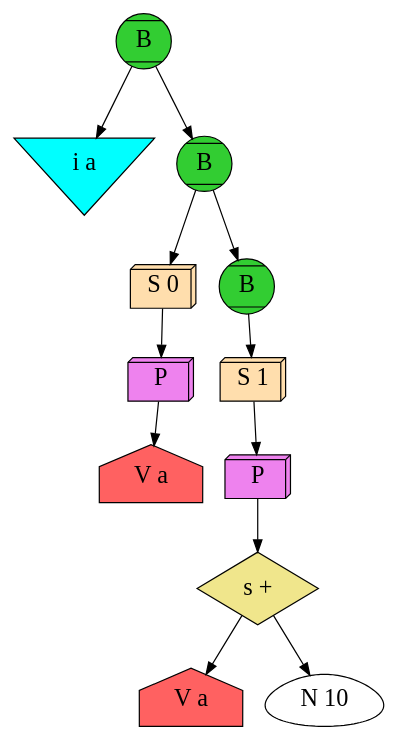
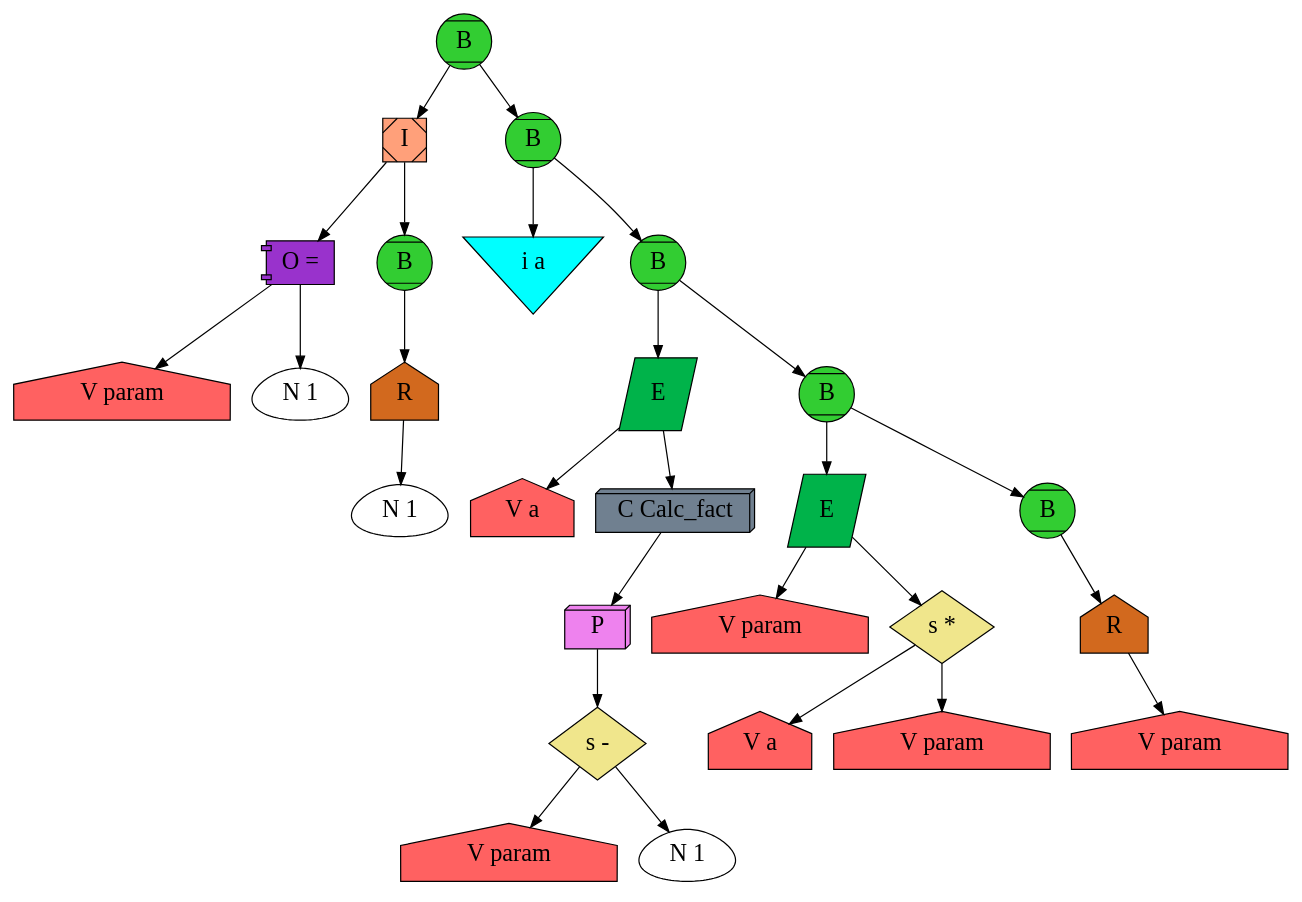
Before and after one commit to Arv1k/2_sem: the diagram in binary_trans/backend/dott.dot, drawn with Graphviz. The commit also changed 16 other files, not shown here.

```diff
--- a/binary_trans/backend/dott.dot
+++ b/binary_trans/backend/dott.dot
@@ -1,27 +1,57 @@
 digraph {
 	node[color = "#000000", fontsize = 20];
 	edge[color = "#000000", fontsize = 20];
-		hey0[label = "B", shape = "Mcircle", color="#000000", style="filled", fillcolor = "#32CD32"];
-		hey0->hey1;
-		hey1[label = "i a", shape = "invtriangle", color="#000000", style="filled", fillcolor = "#00FFFF"];
-		hey0->hey2;
-		hey2[label = "B", shape = "Mcircle", color="#000000", style="filled", fillcolor = "#32CD32"];
-		hey2->hey3;
-		hey3[label = "S 0", shape = "box3d", color="#000000", style="filled", fillcolor = "#FFDEAD"];
-		hey3->hey4;
-		hey4[label = "P", shape = "box3d", color="#000000", style="filled", fillcolor = "#EE82EE"];
-		hey4->hey5;
-		hey5[label = "V a", shape = "house", color="#000000", style="filled", fillcolor = "#ff6161"];
-		hey2->hey6;
-		hey6[label = "B", shape = "Mcircle", color="#000000", style="filled", fillcolor = "#32CD32"];
-		hey6->hey7;
-		hey7[label = "S 1", shape = "box3d", color="#000000", style="filled", fillcolor = "#FFDEAD"];
-		hey7->hey8;
-		hey8[label = "P", shape = "box3d", color="#000000", style="filled", fillcolor = "#EE82EE"];
-		hey8->hey9;
-		hey9[label = "s +", shape = "diamond", color="#000000", style="filled", fillcolor = "#F0E68C"];
-		hey9->hey10;
-		hey10[label = "V a", shape = "house", color="#000000", style="filled", fillcolor = "#ff6161"];
-		hey9->hey11;
-		hey11[label = "N 10", shape = "egg", color="#000000", style="filled", fillcolor = "#FFFFFF"];
+		hey15[label = "B", shape = "Mcircle", color="#000000", style="filled", fillcolor = "#32CD32"];
+		hey15->hey16;
+		hey16[label = "I", shape = "Msquare", color="#000000", style="filled", fillcolor = "#FFA07A"];
+		hey16->hey17;
+		hey17[label = "O =", shape = "component", color="#000000", style="filled", fillcolor = "#9932CC"];
+		hey17->hey18;
+		hey18[label = "V param", shape = "house", color="#000000", style="filled", fillcolor = "#ff6161"];
+		hey17->hey19;
+		hey19[label = "N 1", shape = "egg", color="#000000", style="filled", fillcolor = "#FFFFFF"];
+		hey16->hey20;
+		hey20[label = "B", shape = "Mcircle", color="#000000", style="filled", fillcolor = "#32CD32"];
+		hey20->hey21;
+		hey21[label = "R", shape = "house", color="#000000", style="filled", fillcolor = "#D2691E"];
+		hey21->hey22;
+		hey22[label = "N 1", shape = "egg", color="#000000", style="filled", fillcolor = "#FFFFFF"];
+		hey15->hey23;
+		hey23[label = "B", shape = "Mcircle", color="#000000", style="filled", fillcolor = "#32CD32"];
+		hey23->hey24;
+		hey24[label = "i a", shape = "invtriangle", color="#000000", style="filled", fillcolor = "#00FFFF"];
+		hey23->hey25;
+		hey25[label = "B", shape = "Mcircle", color="#000000", style="filled", fillcolor = "#32CD32"];
+		hey25->hey26;
+		hey26[label = "E", shape = "parallelogram", color="#000000", style="filled", fillcolor = "#00b34a"];
+		hey26->hey27;
+		hey27[label = "V a", shape = "house", color="#000000", style="filled", fillcolor = "#ff6161"];
+		hey26->hey28;
+		hey28[label = "C Calc_fact", shape = "box3d", color="#000000", style="filled", fillcolor = "#708090"];
+		hey28->hey29;
+		hey29[label = "P", shape = "box3d", color="#000000", style="filled", fillcolor = "#EE82EE"];
+		hey29->hey30;
+		hey30[label = "s -", shape = "diamond", color="#000000", style="filled", fillcolor = "#F0E68C"];
+		hey30->hey31;
+		hey31[label = "V param", shape = "house", color="#000000", style="filled", fillcolor = "#ff6161"];
+		hey30->hey32;
+		hey32[label = "N 1", shape = "egg", color="#000000", style="filled", fillcolor = "#FFFFFF"];
+		hey25->hey33;
+		hey33[label = "B", shape = "Mcircle", color="#000000", style="filled", fillcolor = "#32CD32"];
+		hey33->hey34;
+		hey34[label = "E", shape = "parallelogram", color="#000000", style="filled", fillcolor = "#00b34a"];
+		hey34->hey35;
+		hey35[label = "V param", shape = "house", color="#000000", style="filled", fillcolor = "#ff6161"];
+		hey34->hey36;
+		hey36[label = "s *", shape = "diamond", color="#000000", style="filled", fillcolor = "#F0E68C"];
+		hey36->hey37;
+		hey37[label = "V a", shape = "house", color="#000000", style="filled", fillcolor = "#ff6161"];
+		hey36->hey38;
+		hey38[label = "V param", shape = "house", color="#000000", style="filled", fillcolor = "#ff6161"];
+		hey33->hey39;
+		hey39[label = "B", shape = "Mcircle", color="#000000", style="filled", fillcolor = "#32CD32"];
+		hey39->hey40;
+		hey40[label = "R", shape = "house", color="#000000", style="filled", fillcolor = "#D2691E"];
+		hey40->hey41;
+		hey41[label = "V param", shape = "house", color="#000000", style="filled", fillcolor = "#ff6161"];
 }
```
